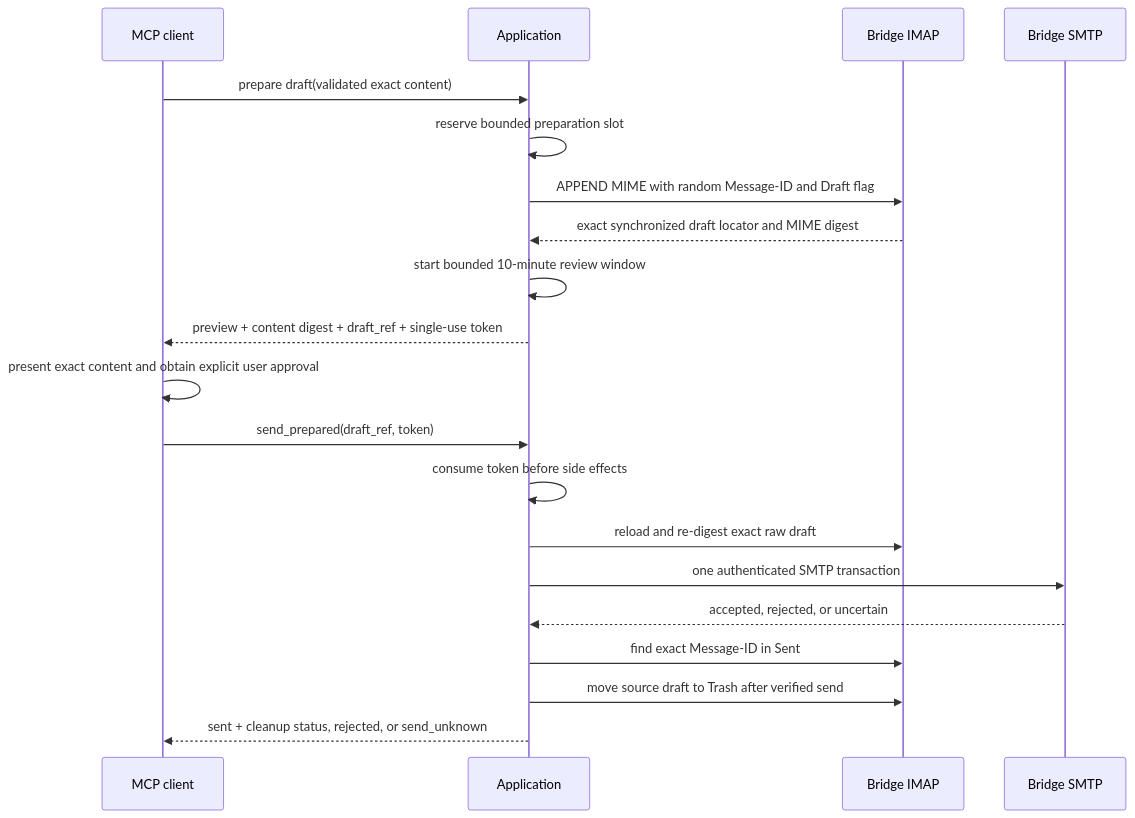
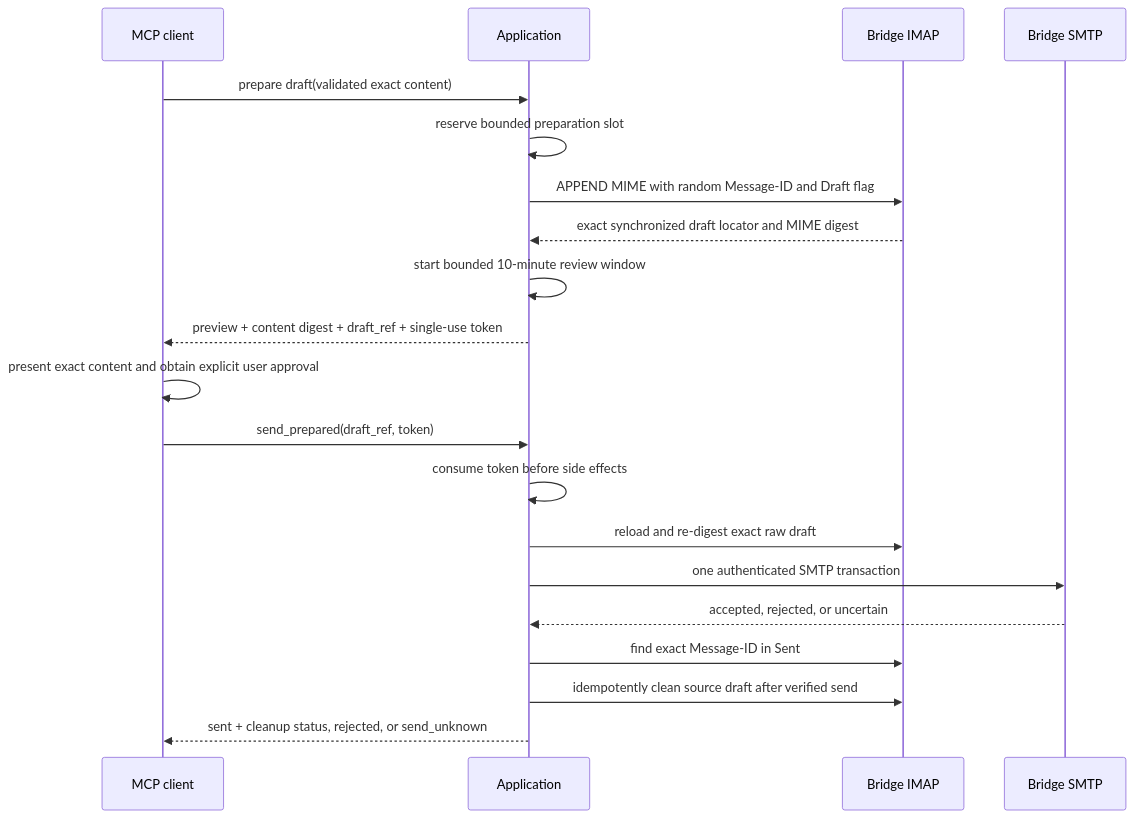
Before and after one commit to ryanpaulanderson/proton-mail-mac-mcp: the second of 2 diagrams in docs/architecture.md, drawn with Mermaid. The commit also changed other lines of this file and 7 other files, not shown here.

First line of the commit message:
fix(send): make post-send draft cleanup idempotent (#22)

````diff
--- a/docs/architecture.md
+++ b/docs/architecture.md
@@ -72,23 +72,23 @@
 ```mermaid
 sequenceDiagram
     participant C as MCP client
     participant A as Application
     participant I as Bridge IMAP
     participant S as Bridge SMTP
 
     C->>A: prepare draft(validated exact content)
     A->>A: reserve bounded preparation slot
     A->>I: APPEND MIME with random Message-ID and Draft flag
     I-->>A: exact synchronized draft locator and MIME digest
     A->>A: start bounded 10-minute review window
     A-->>C: preview + content digest + draft_ref + single-use token
     C->>C: present exact content and obtain explicit user approval
     C->>A: send_prepared(draft_ref, token)
     A->>A: consume token before side effects
     A->>I: reload and re-digest exact raw draft
     A->>S: one authenticated SMTP transaction
     S-->>A: accepted, rejected, or uncertain
     A->>I: find exact Message-ID in Sent
-    A->>I: move source draft to Trash after verified send
+    A->>I: idempotently clean source draft after verified send
     A-->>C: sent + cleanup status, rejected, or send_unknown
 ```
````
